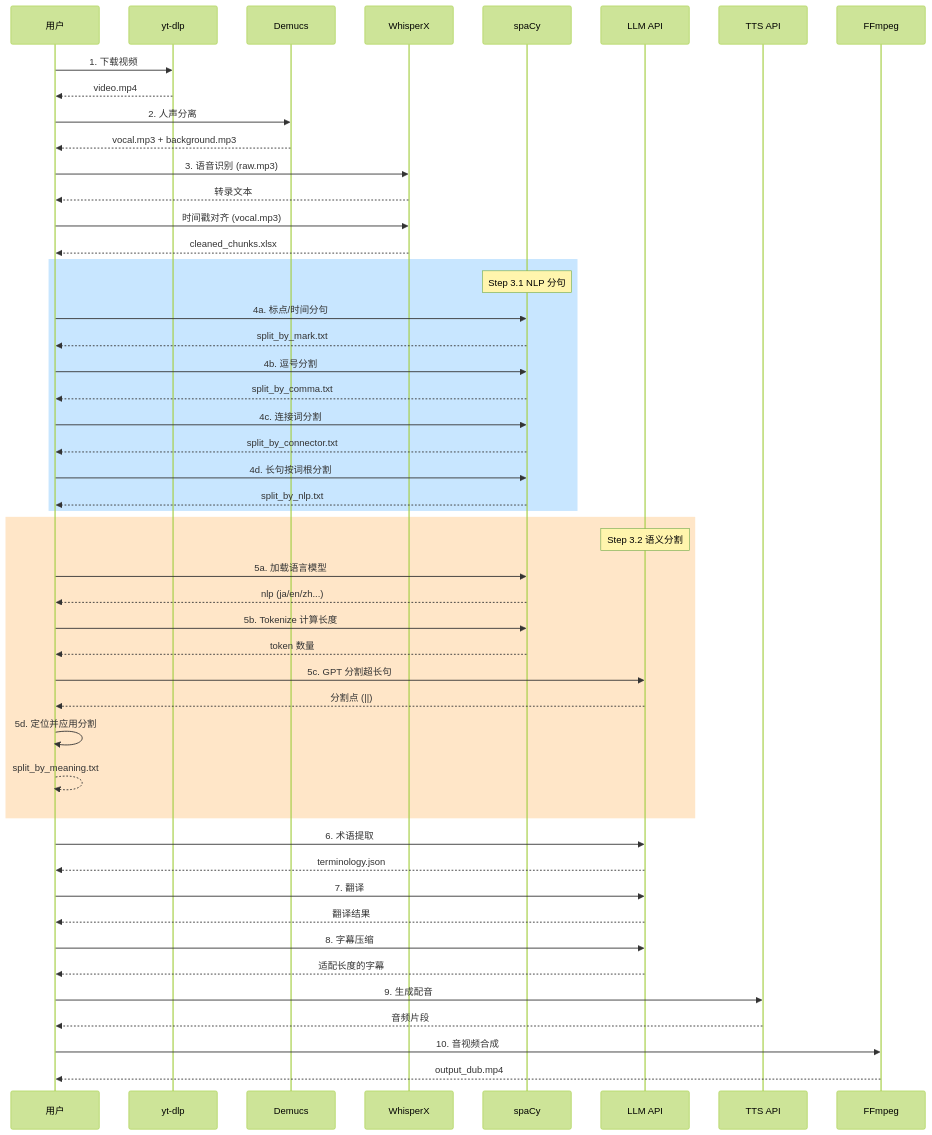
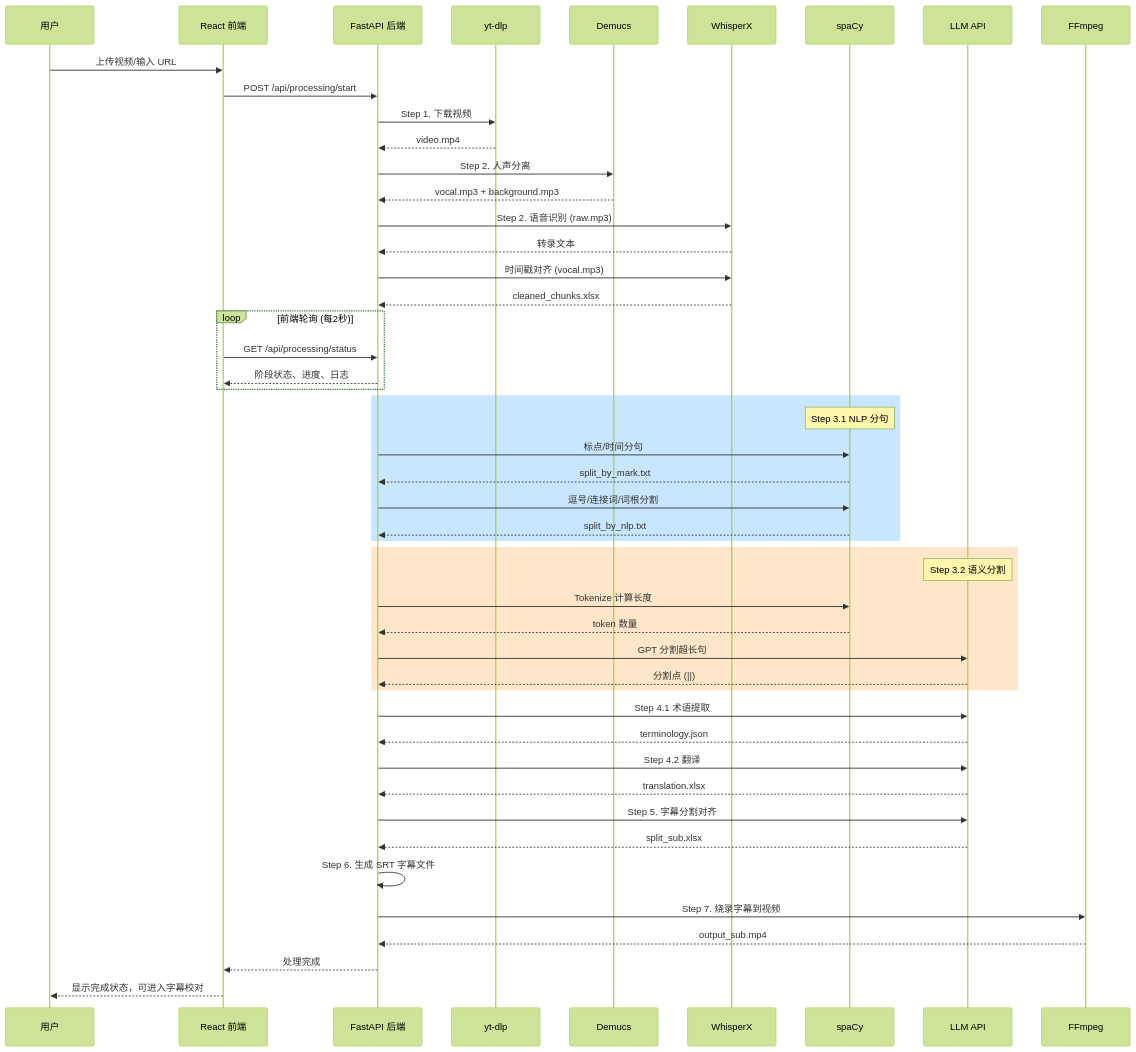
One commit to NuoManDai/VedioAITranslateSub changed diagram 14 of 21 in docs/ARCHITECTURE.md. Above: the diagram before and after it, drawn with Mermaid (forest theme). The commit also changed other lines of this file and 1 other file, not shown here.

````diff
--- a/docs/ARCHITECTURE.md
+++ b/docs/ARCHITECTURE.md
@@ -730,61 +930,64 @@
 ```mermaid
 sequenceDiagram
     participant User as 用户
+    participant Frontend as React 前端
+    participant Backend as FastAPI 后端
     participant YT as yt-dlp
     participant Demucs as Demucs
     participant Whisper as WhisperX
     participant SpaCy as spaCy
     participant LLM as LLM API
-    participant TTS as TTS API
     participant FFmpeg as FFmpeg
 
-    User->>YT: 1. 下载视频
-    YT-->>User: video.mp4
+    User->>Frontend: 上传视频/输入 URL
+    Frontend->>Backend: POST /api/processing/start
     
-    User->>Demucs: 2. 人声分离
-    Demucs-->>User: vocal.mp3 + background.mp3
+    Backend->>YT: Step 1. 下载视频
+    YT-->>Backend: video.mp4
     
-    User->>Whisper: 3. 语音识别 (raw.mp3)
-    Whisper-->>User: 转录文本
-    User->>Whisper: 时间戳对齐 (vocal.mp3)
-    Whisper-->>User: cleaned_chunks.xlsx
+    Backend->>Demucs: Step 2. 人声分离
+    Demucs-->>Backend: vocal.mp3 + background.mp3
+    
+    Backend->>Whisper: Step 2. 语音识别 (raw.mp3)
+    Whisper-->>Backend: 转录文本
+    Backend->>Whisper: 时间戳对齐 (vocal.mp3)
+    Whisper-->>Backend: cleaned_chunks.xlsx
+    
+    loop 前端轮询 (每2秒)
+        Frontend->>Backend: GET /api/processing/status
+        Backend-->>Frontend: 阶段状态、进度、日志
+    end
     
     rect rgb(200, 230, 255)
         Note over SpaCy: Step 3.1 NLP 分句
-        User->>SpaCy: 4a. 标点/时间分句
-        SpaCy-->>User: split_by_mark.txt
-        User->>SpaCy: 4b. 逗号分割
-        SpaCy-->>User: split_by_comma.txt
-        User->>SpaCy: 4c. 连接词分割
-        SpaCy-->>User: split_by_connector.txt
-        User->>SpaCy: 4d. 长句按词根分割
-        SpaCy-->>User: split_by_nlp.txt
+        Backend->>SpaCy: 标点/时间分句
+        SpaCy-->>Backend: split_by_mark.txt
+        Backend->>SpaCy: 逗号/连接词/词根分割
+        SpaCy-->>Backend: split_by_nlp.txt
     end
     
     rect rgb(255, 230, 200)
         Note over LLM: Step 3.2 语义分割
-        User->>SpaCy: 5a. 加载语言模型
-        SpaCy-->>User: nlp (ja/en/zh...)
-        User->>SpaCy: 5b. Tokenize 计算长度
-        SpaCy-->>User: token 数量
-        User->>LLM: 5c. GPT 分割超长句
-        LLM-->>User: 分割点 (||)
-        User->>User: 5d. 定位并应用分割
-        User-->>User: split_by_meaning.txt
+        Backend->>SpaCy: Tokenize 计算长度
+        SpaCy-->>Backend: token 数量
+        Backend->>LLM: GPT 分割超长句
+        LLM-->>Backend: 分割点 (||)
     end
     
-    User->>LLM: 6. 术语提取
-    LLM-->>User: terminology.json
+    Backend->>LLM: Step 4.1 术语提取
+    LLM-->>Backend: terminology.json
     
-    User->>LLM: 7. 翻译
-    LLM-->>User: 翻译结果
+    Backend->>LLM: Step 4.2 翻译
+    LLM-->>Backend: translation.xlsx
     
-    User->>LLM: 8. 字幕压缩
-    LLM-->>User: 适配长度的字幕
+    Backend->>LLM: Step 5. 字幕分割对齐
+    LLM-->>Backend: split_sub.xlsx
     
-    User->>TTS: 9. 生成配音
-    TTS-->>User: 音频片段
+    Backend->>Backend: Step 6. 生成 SRT 字幕文件
     
-    User->>FFmpeg: 10. 音视频合成
-    FFmpeg-->>User: output_dub.mp4
+    Backend->>FFmpeg: Step 7. 烧录字幕到视频
+    FFmpeg-->>Backend: output_sub.mp4
+    
+    Backend-->>Frontend: 处理完成
+    Frontend-->>User: 显示完成状态，可进入字幕校对
 ```
````
